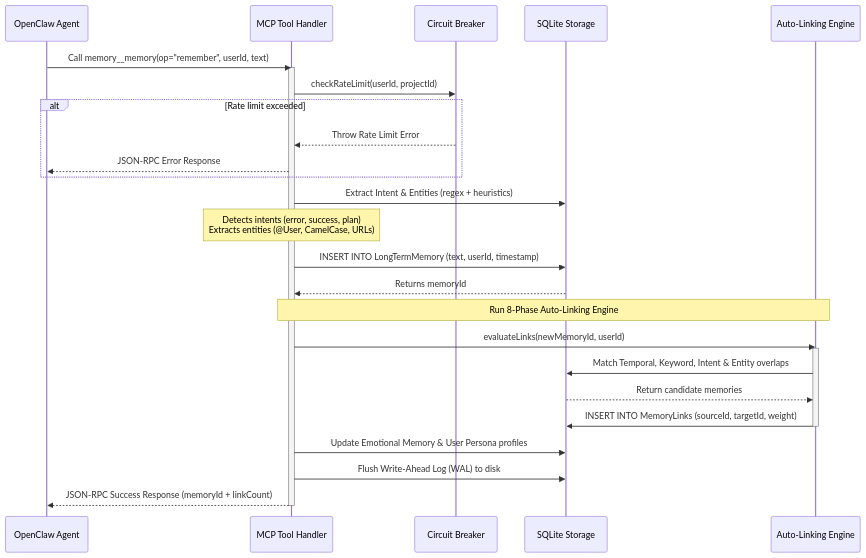
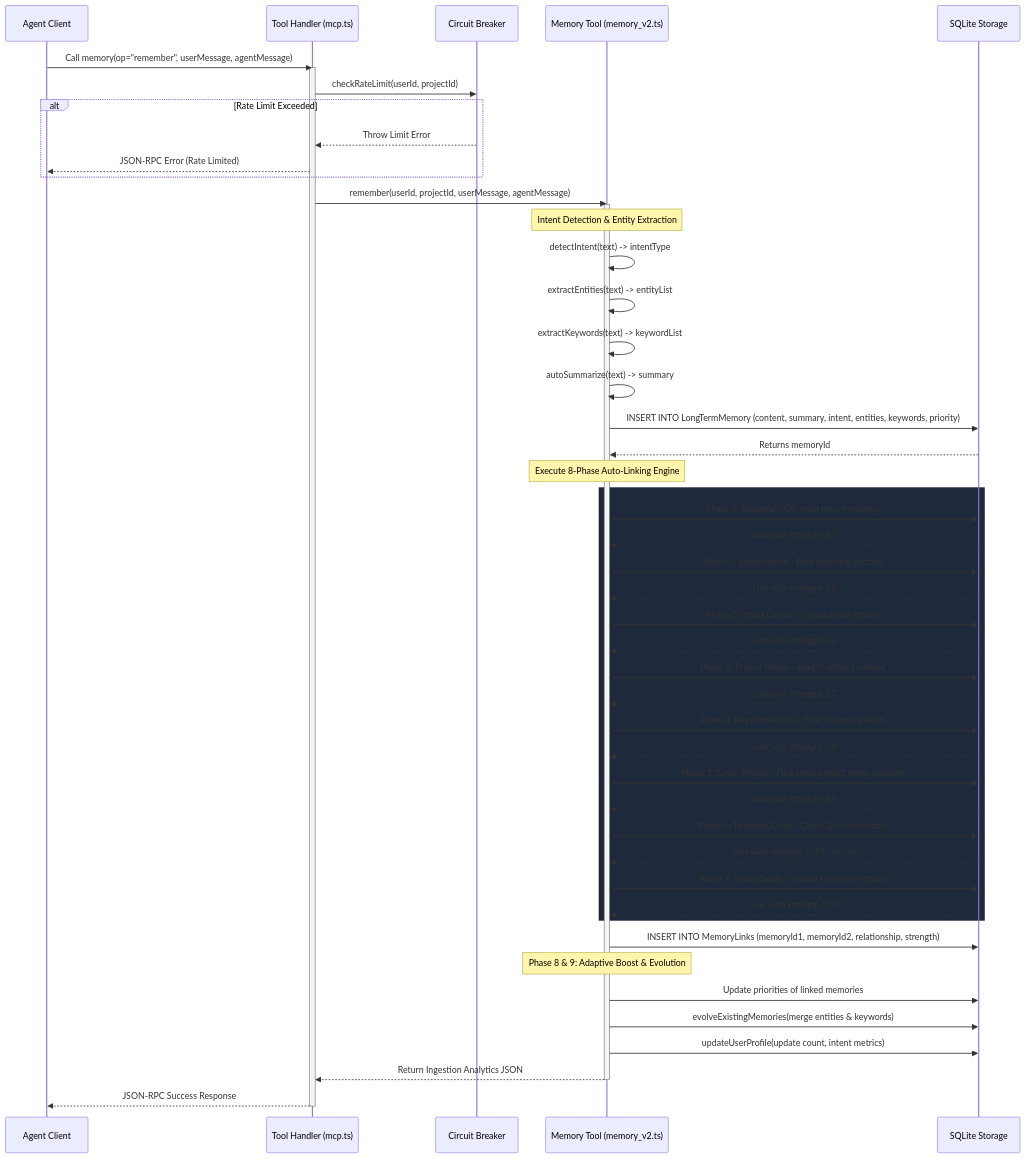
Before and after one commit to dgpl-mcps/memory-mcp-sql: the third of 7 diagrams in docs/arch.md, drawn with Mermaid. The commit also changed other lines of this file and 2 other files, not shown here.

Commit message:
feat: establish Nandini system prompt and update architectural documentation

````diff
--- a/docs/arch.md
+++ b/docs/arch.md
@@ -61,35 +140,68 @@
 ```mermaid
 sequenceDiagram
-    participant Agent as OpenClaw Agent
-    participant MCP as MCP Tool Handler
+    participant Agent as Agent Client
+    participant Handler as Tool Handler (mcp.ts)
     participant CB as Circuit Breaker
+    participant MemTool as Memory Tool (memory_v2.ts)
     participant DB as SQLite Storage
-    participant AL as Auto-Linking Engine
-
-    Agent->>MCP: Call memory__memory(op="remember", userId, text)
-    activate MCP
-    MCP->>CB: checkRateLimit(userId, projectId)
-    alt Rate limit exceeded
-        CB-->>MCP: Throw Rate Limit Error
-        MCP-->>Agent: JSON-RPC Error Response
+    
+    Agent->>Handler: Call memory(op="remember", userMessage, agentMessage)
+    activate Handler
+    Handler->>CB: checkRateLimit(userId, projectId)
+    alt Rate Limit Exceeded
+        CB-->>Handler: Throw Limit Error
+        Handler-->>Agent: JSON-RPC Error (Rate Limited)
     end
-
-    MCP->>DB: Extract Intent & Entities (regex + heuristics)
-    Note over MCP: Detects intents (error, success, plan)<br/>Extracts entities (@User, CamelCase, URLs)
     
-    MCP->>DB: INSERT INTO LongTermMemory (text, userId, timestamp)
-    DB-->>MCP: Returns memoryId
-
-    Note over MCP, AL: Run 8-Phase Auto-Linking Engine
-    MCP->>AL: evaluateLinks(newMemoryId, userId)
-    activate AL
-    AL->>DB: Match Temporal, Keyword, Intent & Entity overlaps
-    DB-->>AL: Return candidate memories
-    AL->>DB: INSERT INTO MemoryLinks (sourceId, targetId, weight)
-    deactivate AL
-
-    MCP->>DB: Update Emotional Memory & User Persona profiles
-    MCP->>DB: Flush Write-Ahead Log (WAL) to disk
-    MCP-->>Agent: JSON-RPC Success Response (memoryId + linkCount)
-    deactivate MCP
+    Handler->>MemTool: remember(userId, projectId, userMessage, agentMessage)
+    activate MemTool
+    
+    Note over MemTool: Intent Detection & Entity Extraction
+    MemTool->>MemTool: detectIntent(text) -> intentType
+    MemTool->>MemTool: extractEntities(text) -> entityList
+    MemTool->>MemTool: extractKeywords(text) -> keywordList
+    MemTool->>MemTool: autoSummarize(text) -> summary
+    
+    MemTool->>DB: INSERT INTO LongTermMemory (content, summary, intent, entities, keywords, priority)
+    DB-->>MemTool: Returns memoryId
+    
+    Note over MemTool: Execute 8-Phase Auto-Linking Engine
+    rect rgb(30, 41, 59)
+        MemTool->>DB: Phase 0: Temporal - Get most recent memory
+        DB-->>MemTool: Link with strength 0.9
+        
+        MemTool->>DB: Phase 1: Entity Match - Find matching entities
+        DB-->>MemTool: Link with strength 0.8
+        
+        MemTool->>DB: Phase 2: Intent Cluster - Group active intents
+        DB-->>MemTool: Link with strength 0.6
+        
+        MemTool->>DB: Phase 3: Project Match - Bind to project context
+        DB-->>MemTool: Link with strength 0.7
+        
+        MemTool->>DB: Phase 4: Keyword Match - Find similar keywords
+        DB-->>MemTool: Link with strength 0.4
+        
+        MemTool->>DB: Phase 5: Cross-Project - Find cross-project entity matches
+        DB-->>MemTool: Link with strength 0.6
+        
+        MemTool->>DB: Phase 6: Temporal Chain - Check 30-min window
+        DB-->>MemTool: Link with strength (0.95 - decay)
+        
+        MemTool->>DB: Phase 7: Entity Graph - Shared knowledge nodes
+        DB-->>MemTool: Link with strength 0.75
+    end
+    
+    MemTool->>DB: INSERT INTO MemoryLinks (memoryId1, memoryId2, relationship, strength)
+    
+    Note over MemTool: Phase 8 & 9: Adaptive Boost & Evolution
+    MemTool->>DB: Update priorities of linked memories
+    MemTool->>DB: evolveExistingMemories(merge entities & keywords)
+    
+    MemTool->>DB: updateUserProfile(update count, intent metrics)
+    
+    MemTool-->>Handler: Return Ingestion Analytics JSON
+    deactivate MemTool
+    Handler-->>Agent: JSON-RPC Success Response
+    deactivate Handler
 ```
````
